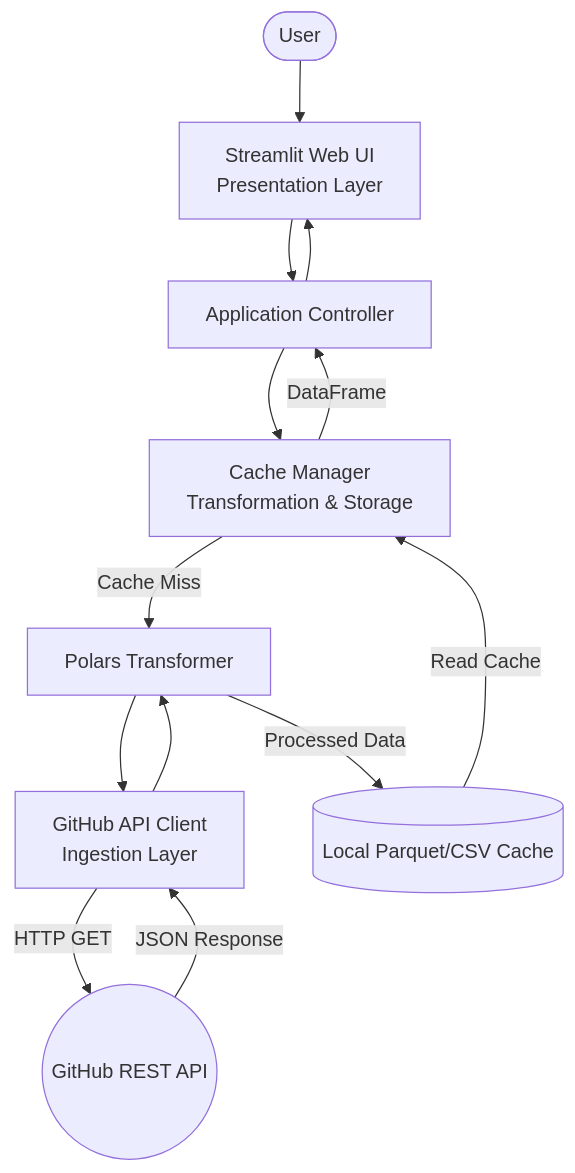
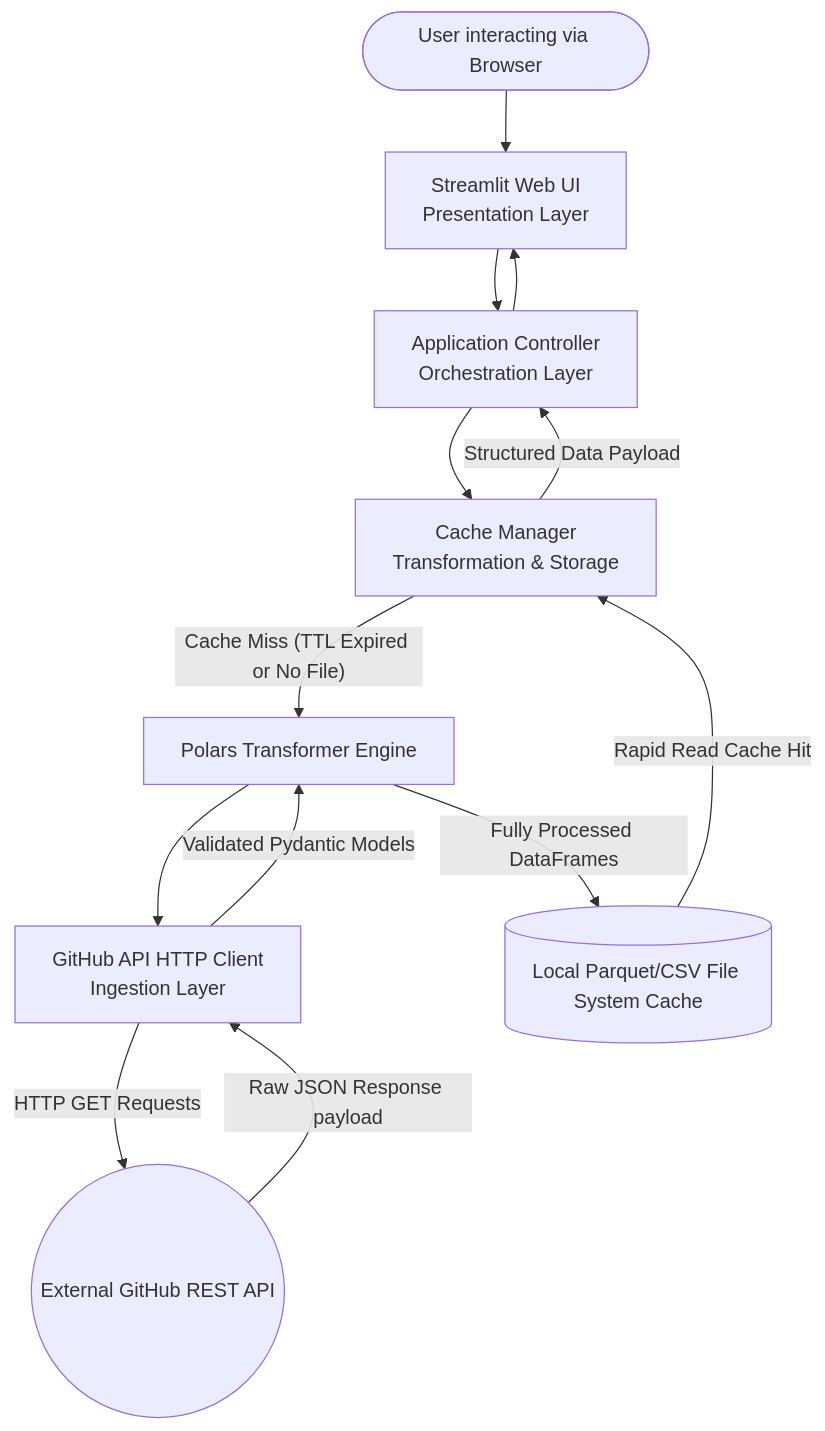
One commit to tsuyama1990/nitpick_test changed the diagram in dev_documents/system_prompts/SYSTEM_ARCHITECTURE.md. Above: the diagram before and after it, drawn with Mermaid. The commit also changed other lines of this file and 7 other files, not shown here.

First line of the commit message:
docs: organically rewrite system architecture to fix duplications

````diff
--- a/dev_documents/system_prompts/SYSTEM_ARCHITECTURE.md
+++ b/dev_documents/system_prompts/SYSTEM_ARCHITECTURE.md
@@ -36,15 +26,15 @@
 ```mermaid
 graph TD
-    User([User]) --> UI[Streamlit Web UI<br/>Presentation Layer]
-    UI --> AppLogic[Application Controller]
+    User([User interacting via Browser]) --> UI[Streamlit Web UI<br/>Presentation Layer]
+    UI --> AppLogic[Application Controller<br/>Orchestration Layer]
     AppLogic --> Cache[Cache Manager<br/>Transformation & Storage]
-    Cache -- Cache Miss --> Transformer[Polars Transformer]
-    Transformer --> APIClient[GitHub API Client<br/>Ingestion Layer]
-    APIClient -- HTTP GET --> GitHubAPI((GitHub REST API))
-    GitHubAPI -- JSON Response --> APIClient
-    APIClient --> Transformer
-    Transformer -- Processed Data --> DiskCache[(Local Parquet/CSV Cache)]
-    DiskCache -- Read Cache --> Cache
-    Cache -- DataFrame --> AppLogic
+    Cache -- Cache Miss (TTL Expired or No File) --> Transformer[Polars Transformer Engine]
+    Transformer --> APIClient[GitHub API HTTP Client<br/>Ingestion Layer]
+    APIClient -- HTTP GET Requests --> GitHubAPI((External GitHub REST API))
+    GitHubAPI -- Raw JSON Response payload --> APIClient
+    APIClient -- Validated Pydantic Models --> Transformer
+    Transformer -- Fully Processed DataFrames --> DiskCache[(Local Parquet/CSV File System Cache)]
+    DiskCache -- Rapid Read Cache Hit --> Cache
+    Cache -- Structured Data Payload --> AppLogic
     AppLogic --> UI
 ```
````
